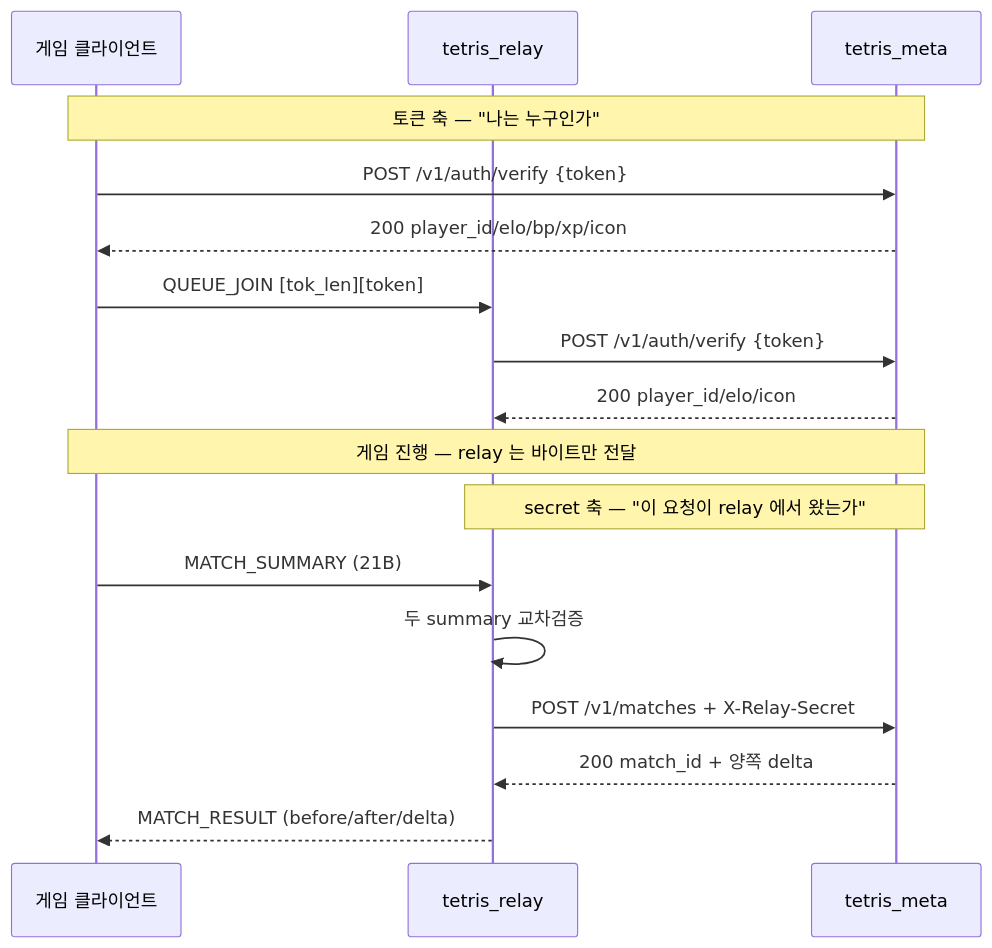
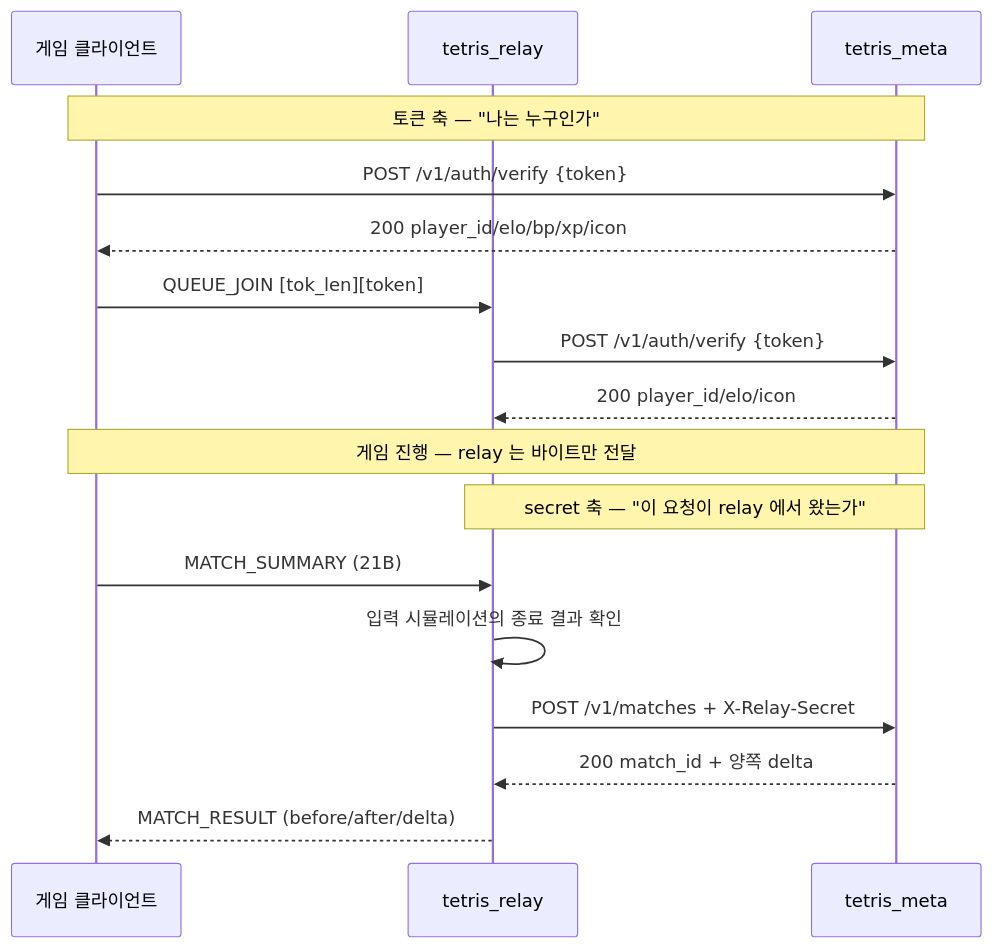
Before and after one commit to Rein-ArXiv/Tetris-Multiplayer-RL: the fourth of 6 diagrams in docs/blog/part10-meta-and-ranking.md, drawn with Mermaid. The commit also changed other lines of this file and 78 other files, not shown here.

````diff
--- a/docs/blog/part10-meta-and-ranking.md
+++ b/docs/blog/part10-meta-and-ranking.md
@@ -1815,22 +1775,22 @@
 ```mermaid
 sequenceDiagram
     participant C as 게임 클라이언트
     participant R as tetris_relay
     participant M as tetris_meta
 
     Note over C,M: 토큰 축 — "나는 누구인가"
     C->>M: POST /v1/auth/verify {token}
     M-->>C: 200 player_id/elo/bp/xp/icon
     C->>R: QUEUE_JOIN [tok_len][token]
     R->>M: POST /v1/auth/verify {token}
     M-->>R: 200 player_id/elo/icon
 
     Note over C,M: 게임 진행 — relay 는 바이트만 전달
 
     Note over R,M: secret 축 — "이 요청이 relay 에서 왔는가"
     C->>R: MATCH_SUMMARY (21B)
-    R->>R: 두 summary 교차검증
+    R->>R: 입력 시뮬레이션의 종료 결과 확인
     R->>M: POST /v1/matches + X-Relay-Secret
     M-->>R: 200 match_id + 양쪽 delta
     R-->>C: MATCH_RESULT (before/after/delta)
 ```
````
